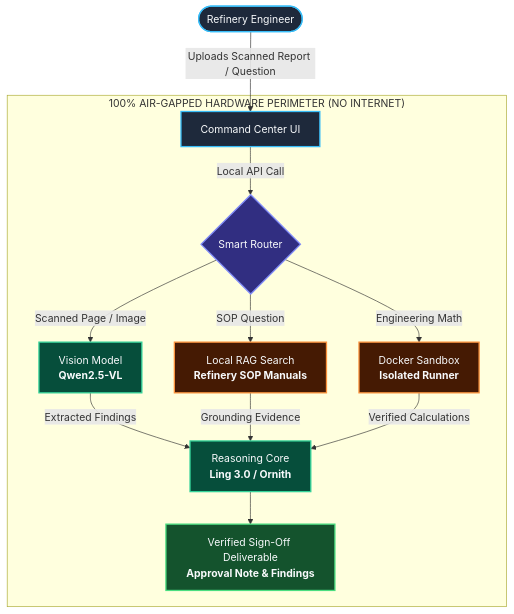
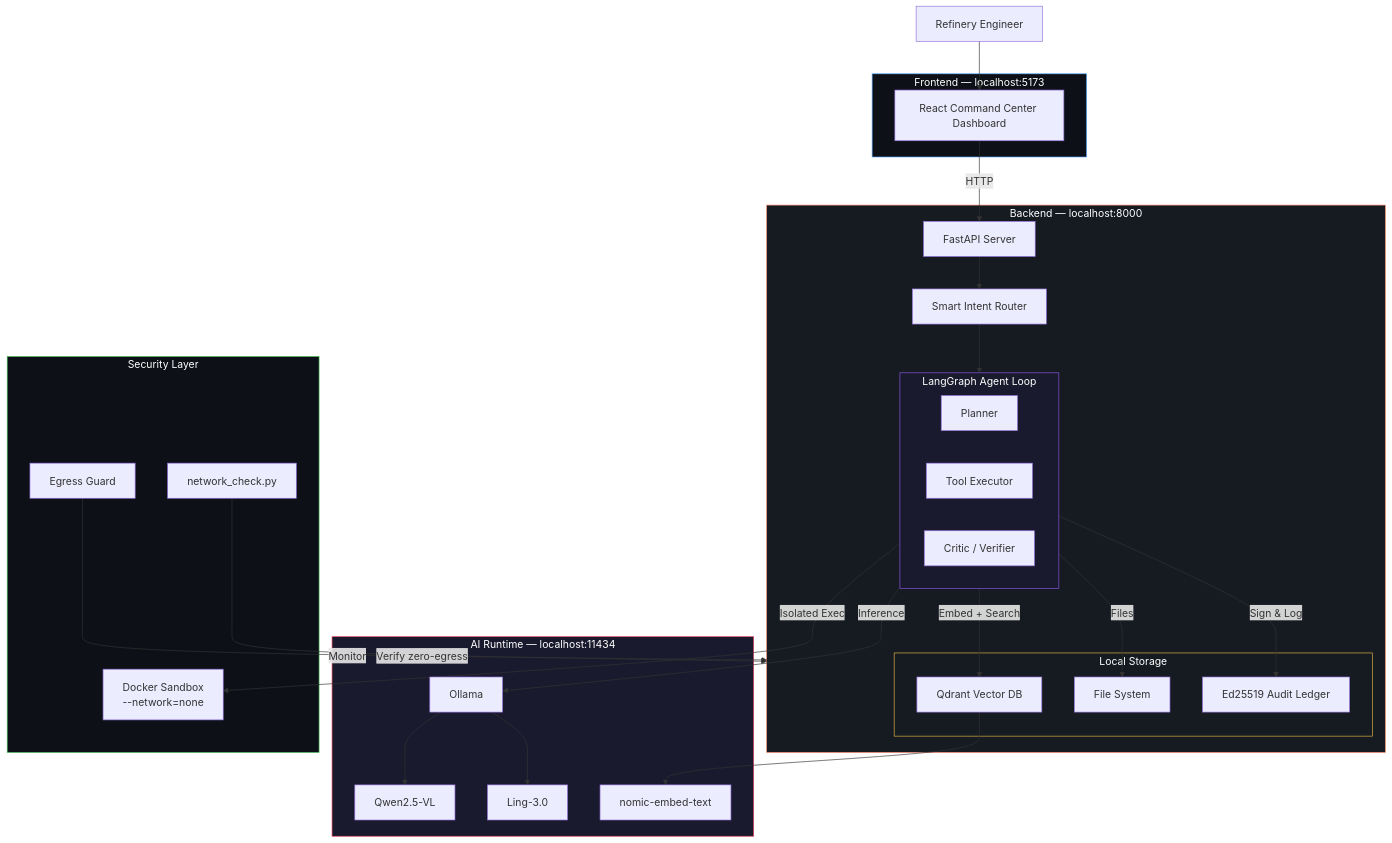
The third of 8 diagrams in README.md (mevarx/SIH26117), drawn with Mermaid before and after one commit. The commit also changed other lines of this file and 1 other file, not shown here.

````diff
--- a/README.md
+++ b/README.md
@@ -22,35 +114,60 @@
 ```mermaid
-flowchart TD
-    classDef input fill:#1e293b,stroke:#38bdf8,stroke-width:2px,color:#f8fafc;
-    classDef router fill:#312e81,stroke:#818cf8,stroke-width:2px,color:#f8fafc;
-    classDef model fill:#064e3b,stroke:#34d399,stroke-width:2px,color:#f8fafc;
-    classDef tool fill:#451a03,stroke:#fb923c,stroke-width:2px,color:#f8fafc;
-    classDef output fill:#14532d,stroke:#4ade80,stroke-width:2px,color:#f8fafc;
+graph TB
+    USER["Refinery Engineer"]
 
-    User([Refinery Engineer]):::input -->|Uploads Scanned Report / Question| WebUI[Command Center UI]:::input
-    WebUI -->|Local API Call| Router{Smart Router}:::router
+    subgraph BROWSER["Frontend — localhost:5173"]
+        UI["React Command Center Dashboard"]
+    end
 
-    %% Capabilities
-    Router -->|Scanned Page / Image| Vision["Vision Model<br/><b>Qwen2.5-VL</b>"]:::model
-    Router -->|SOP Question| RAG["Local RAG Search<br/><b>Refinery SOP Manuals</b>"]:::tool
-    Router -->|Engineering Math| Sandbox["Docker Sandbox<br/><b>Isolated Runner</b>"]:::tool
+    subgraph SERVER["Backend — localhost:8000"]
+        API["FastAPI Server"]
+        ROUTER["Smart Intent Router"]
 
-    %% Synthesis
-    Vision -->|Extracted Findings| Reasoning["Reasoning Core<br/><b>Ling 3.0 / Ornith</b>"]:::model
-    RAG -->|Grounding Evidence| Reasoning
-    Sandbox -->|Verified Calculations| Reasoning
+        subgraph AGENT["LangGraph Agent Loop"]
+            PLANNER["Planner"]
+            TOOLS["Tool Executor"]
+            CRITIC["Critic / Verifier"]
+        end
 
-    %% Final Deliverable
-    Reasoning --> Deliverable["Verified Sign-Off Deliverable<br/><b>Approval Note & Findings</b>"]:::output
+        subgraph STORE["Local Storage"]
+            QDRANT["Qdrant Vector DB"]
+            FS["File System"]
+            AUDIT["Ed25519 Audit Ledger"]
+        end
+    end
 
-    %% Air-gap perimeter
-    subgraph AirGap ["  100% AIR-GAPPED HARDWARE PERIMETER (NO INTERNET)  "]
-        WebUI
-        Router
-        Vision
-        Reasoning
-        RAG
-        Sandbox
-        Deliverable
+    subgraph AI["AI Runtime — localhost:11434"]
+        OLLAMA["Ollama"]
+        VISION["Qwen2.5-VL"]
+        LING["Ling-3.0"]
+        NOMIC["nomic-embed-text"]
     end
+
+    subgraph SEC["Security Layer"]
+        GUARD["Egress Guard"]
+        SANDBOX["Docker Sandbox\n--network=none"]
+        NETCHECK["network_check.py"]
+    end
+
+    USER --> UI
+    UI -->|HTTP| API
+    API --> ROUTER
+    ROUTER --> AGENT
+    AGENT -->|Inference| OLLAMA
+    OLLAMA --> VISION
+    OLLAMA --> LING
+    AGENT -->|Embed + Search| QDRANT
+    QDRANT --> NOMIC
+    AGENT -->|Files| FS
+    AGENT -->|Sign & Log| AUDIT
+    GUARD -->|Monitor| SERVER
+    AGENT -->|Isolated Exec| SANDBOX
+    NETCHECK -->|Verify zero-egress| SERVER
+
+    style BROWSER fill:#0d1117,stroke:#58a6ff,color:#fff
+    style SERVER fill:#161b22,stroke:#f78166,color:#fff
+    style AI fill:#1a1a2e,stroke:#e94560,color:#fff
+    style SEC fill:#0d1117,stroke:#3fb950,color:#fff
+    style AGENT fill:#1a1a2e,stroke:#8957e5,color:#fff
+    style STORE fill:#161b22,stroke:#e3b341,color:#fff
 ```
````
